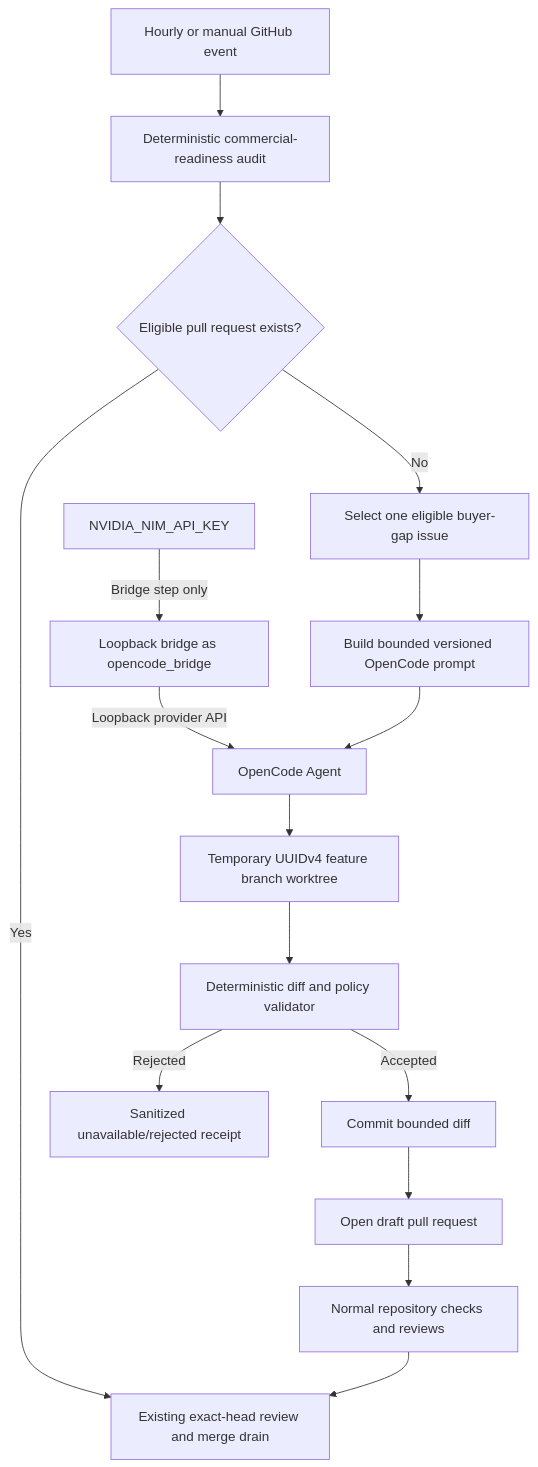
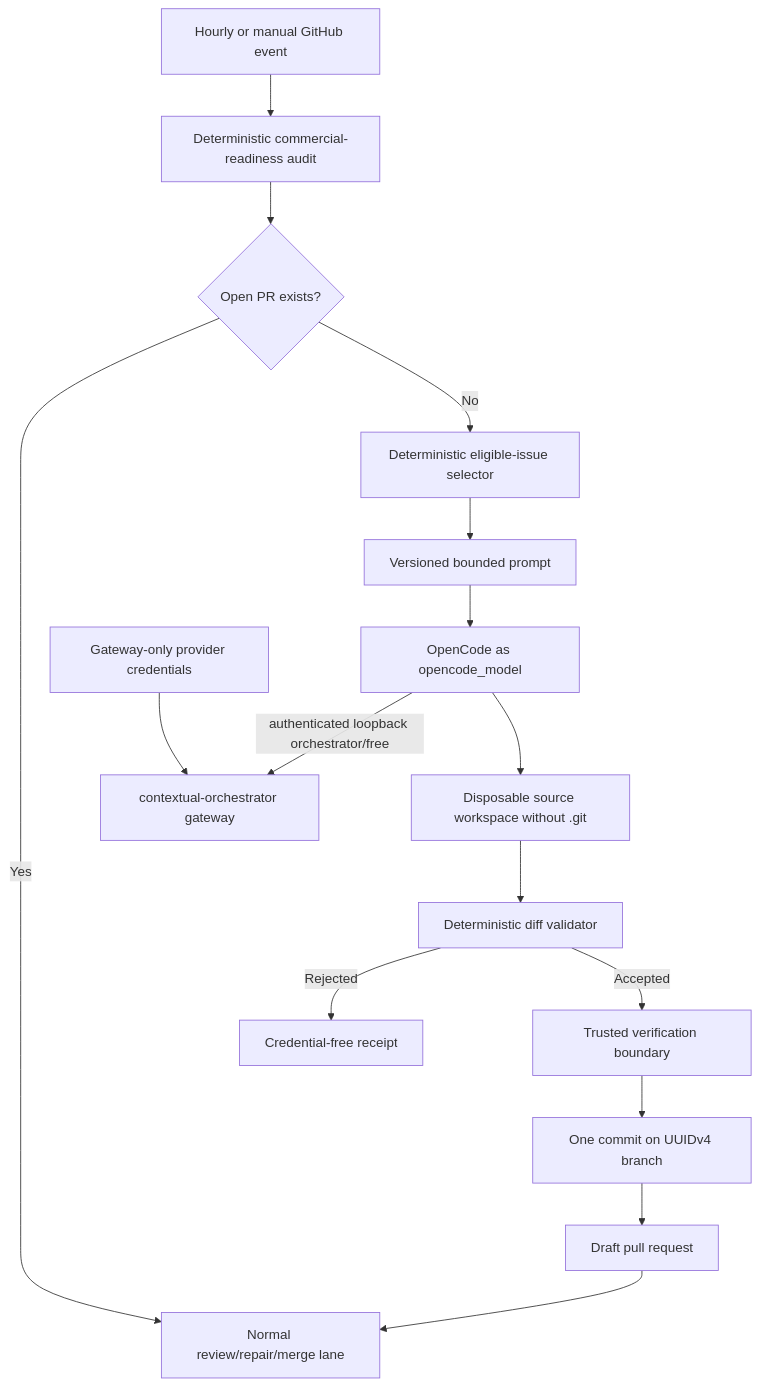
One commit to ContextualWisdomLab/life-os changed the diagram in docs/superpowers/specs/2026-08-07-opencode-commercial-development-loop-design.md. Above: the diagram before and after it, drawn with Mermaid. The commit also changed other lines of this file, not shown here.

Commit message:
docs(design): replace obsolete direct-NVIDIA automation boundary

````diff
--- a/docs/superpowers/specs/2026-08-07-opencode-commercial-development-loop-design.md
+++ b/docs/superpowers/specs/2026-08-07-opencode-commercial-development-loop-design.md
@@ -32,18 +25,18 @@
 ```mermaid
 flowchart TB
     S[Hourly or manual GitHub event] --> A[Deterministic commercial-readiness audit]
-    A --> D{Eligible pull request exists?}
-    D -->|Yes| M[Existing exact-head review and merge drain]
-    D -->|No| I[Select one eligible buyer-gap issue]
-    I --> P[Build bounded versioned OpenCode prompt]
-    P --> O[OpenCode Agent]
-    N[NVIDIA_NIM_API_KEY] -->|Bridge step only| B[Loopback bridge as opencode_bridge]
-    B -->|Loopback provider API| O
-    O --> W[Temporary UUIDv4 feature branch worktree]
-    W --> V[Deterministic diff and policy validator]
-    V -->|Rejected| R[Sanitized unavailable/rejected receipt]
-    V -->|Accepted| C[Commit bounded diff]
-    C --> Q[Open draft pull request]
-    Q --> G[Normal repository checks and reviews]
-    G --> M
+    A --> D{Open PR exists?}
+    D -->|Yes| R[Normal review/repair/merge lane]
+    D -->|No| I[Deterministic eligible-issue selector]
+    I --> P[Versioned bounded prompt]
+    P --> O[OpenCode as opencode_model]
+    K[Gateway-only provider credentials] --> G[contextual-orchestrator gateway]
+    O -->|authenticated loopback orchestrator/free| G
+    O --> W[Disposable source workspace without .git]
+    W --> V[Deterministic diff validator]
+    V -->|Rejected| X[Credential-free receipt]
+    V -->|Accepted| T[Trusted verification boundary]
+    T --> C[One commit on UUIDv4 branch]
+    C --> Q[Draft pull request]
+    Q --> R
 ```
````
